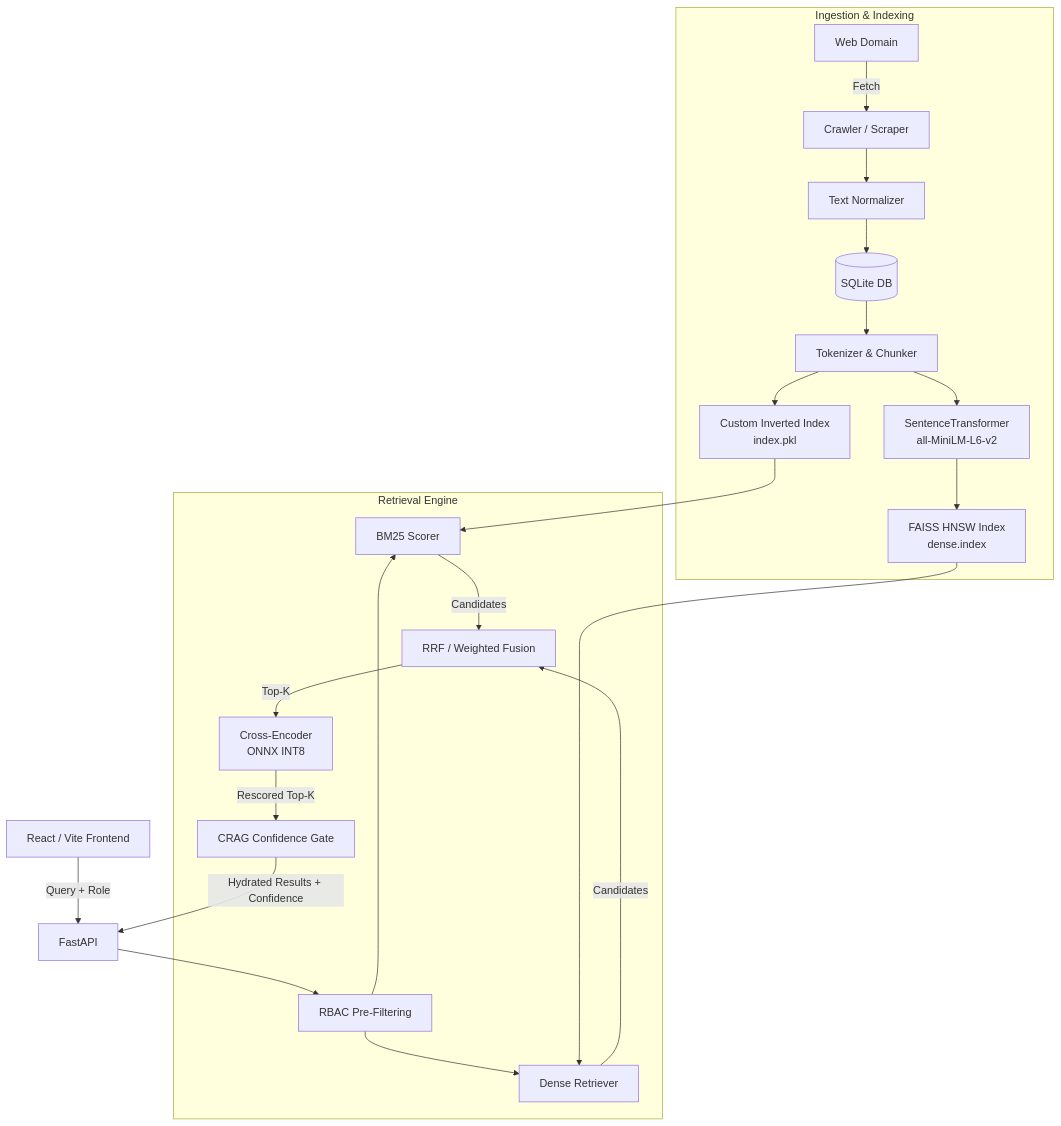
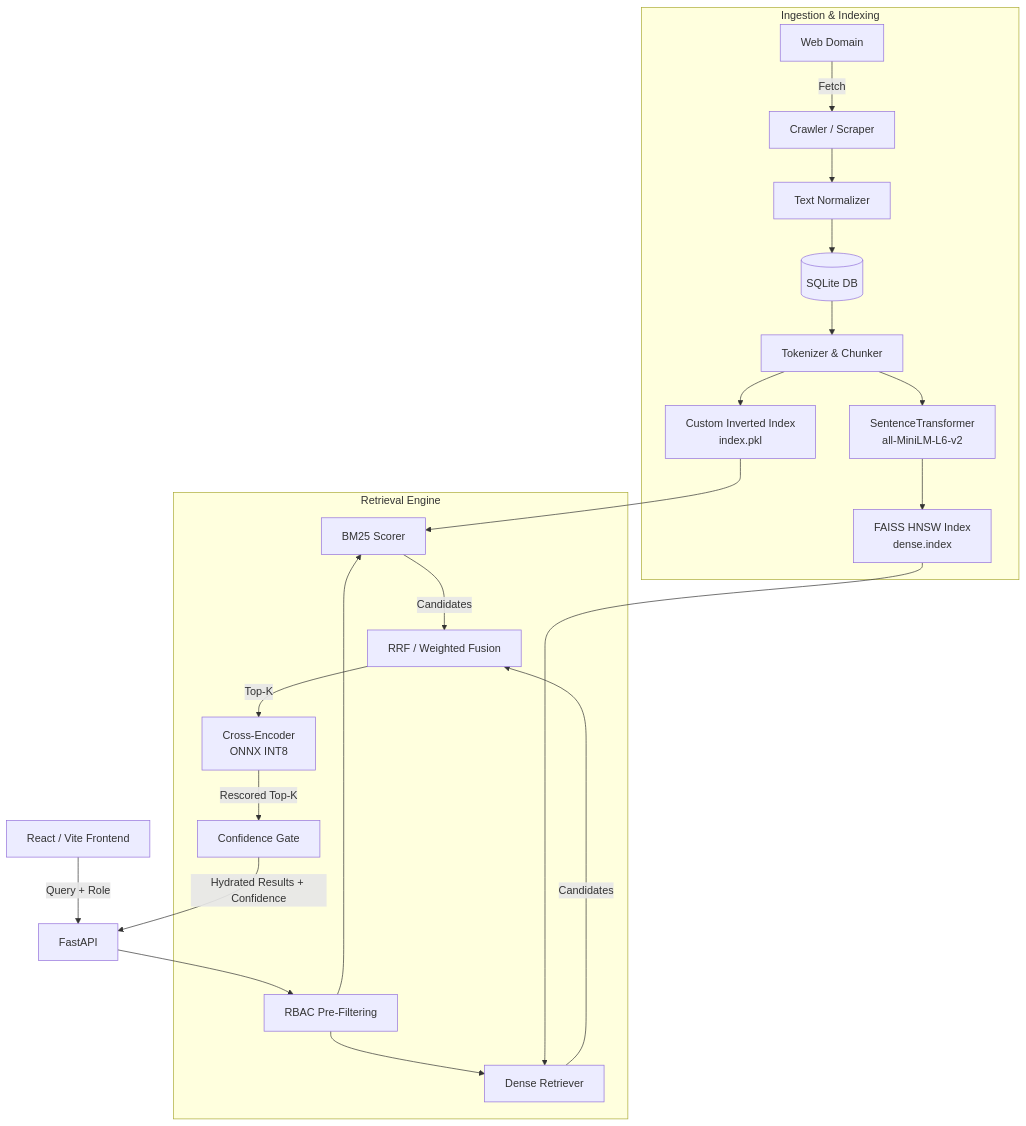
One commit to ojasmishra2406/Private-search-engine changed the diagram in README.md. Above: the diagram before and after it, drawn with Mermaid. The commit also changed other lines of this file and 9 other files, not shown here.

````diff
--- a/README.md
+++ b/README.md
@@ -33,51 +26,51 @@
 ```mermaid
 graph TD
     %% Ingestion Pipeline
     subgraph "Ingestion & Indexing"
         Web[Web Domain]
         Crawler[Crawler / Scraper]
         Normalizer[Text Normalizer]
         DB[(SQLite DB)]
         
         Tokenizer[Tokenizer & Chunker]
         LexicalIndex[Custom Inverted Index \n index.pkl]
         VectorIndex[FAISS HNSW Index \n dense.index]
         Embedder[SentenceTransformer \n all-MiniLM-L6-v2]
     end
 
     %% Retrieval Pipeline
     subgraph "Retrieval Engine"
         RBAC[RBAC Pre-Filtering]
         BM25[BM25 Scorer]
         DenseSearch[Dense Retriever]
         Fusion[RRF / Weighted Fusion]
         Reranker[Cross-Encoder \n ONNX INT8]
-        CRAG[CRAG Confidence Gate]
+        CRAG[Confidence Gate]
     end
 
     %% UI & API
     API[FastAPI]
     UI[React / Vite Frontend]
 
     %% Flow
     Web -->|Fetch| Crawler
     Crawler --> Normalizer --> DB
     
     DB --> Tokenizer
     Tokenizer --> LexicalIndex
     Tokenizer --> Embedder --> VectorIndex
     
     UI -->|Query + Role| API
     API --> RBAC
     RBAC --> BM25
     RBAC --> DenseSearch
     
     LexicalIndex --> BM25
     VectorIndex --> DenseSearch
     
     BM25 -->|Candidates| Fusion
     DenseSearch -->|Candidates| Fusion
     Fusion -->|Top-K| Reranker
     Reranker -->|Rescored Top-K| CRAG
     CRAG -->|Hydrated Results + Confidence| API
 ```
````
